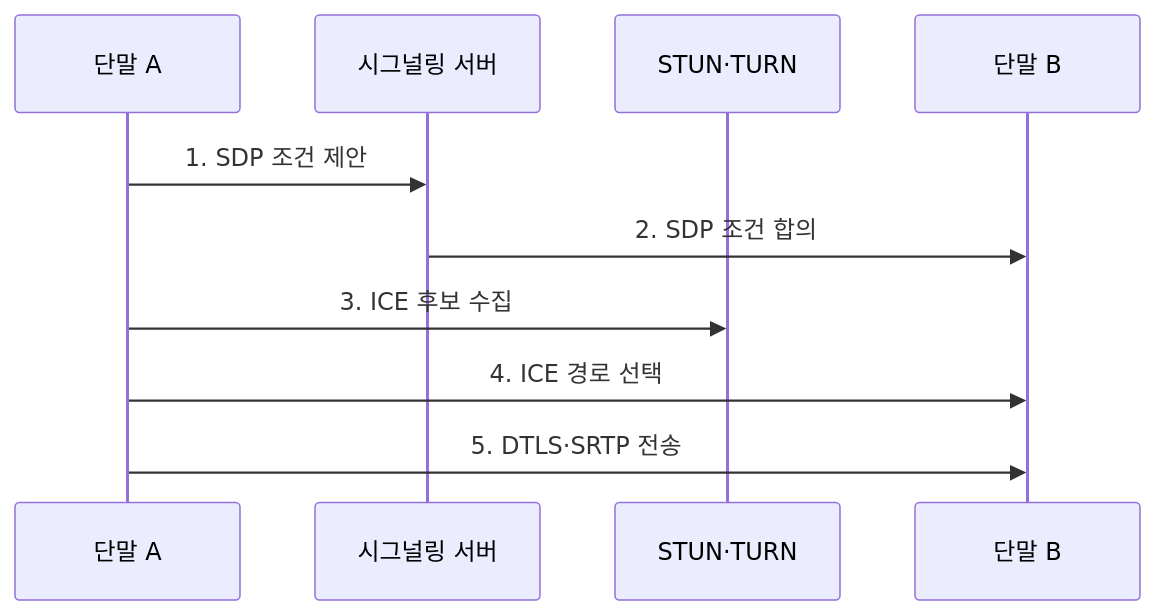
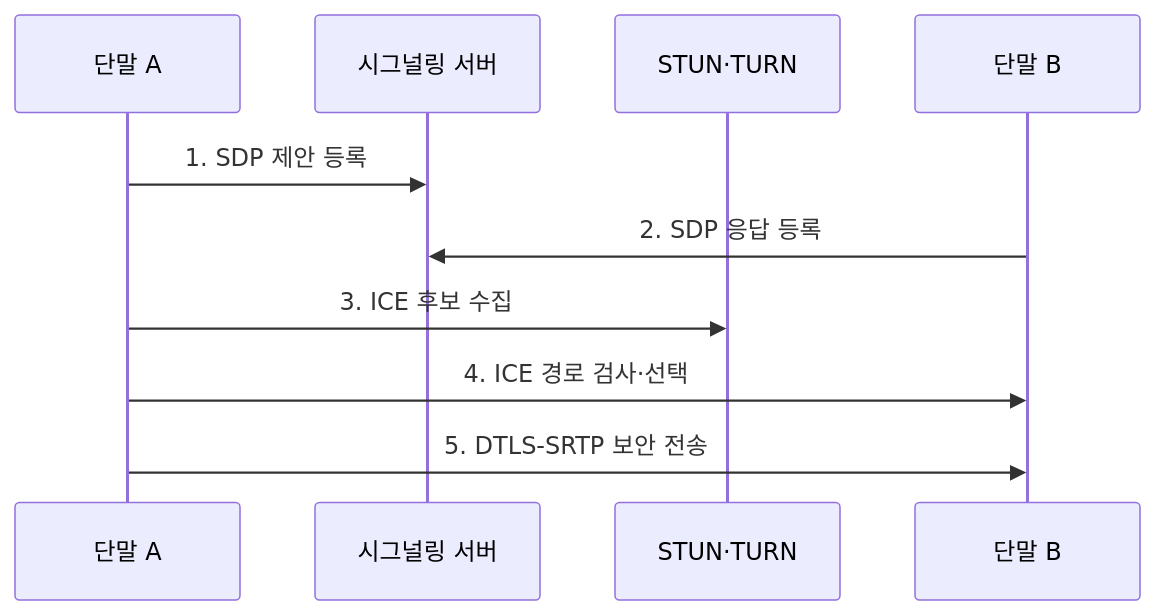
Before and after one commit to agnusdei1207/knowledge-base: the second of 2 diagrams in src/content/docs/notes/04-network/109_webrtc.md, drawn with Mermaid. The commit also changed other lines of this file and 16 other files, not shown here.

````diff
--- a/src/content/docs/notes/04-network/109_webrtc.md
+++ b/src/content/docs/notes/04-network/109_webrtc.md
@@ -88,12 +87,12 @@
 ```mermaid
 sequenceDiagram
     participant A as 단말 A
     participant S as 시그널링 서버
     participant T as STUN·TURN
     participant B as 단말 B
-    A->>S: 1. SDP 조건 제안
-    S->>B: 2. SDP 조건 합의
+    A->>S: 1. SDP 제안 등록
+    B->>S: 2. SDP 응답 등록
     A->>T: 3. ICE 후보 수집
-    A->>B: 4. ICE 경로 선택
-    A->>B: 5. DTLS·SRTP 전송
+    A->>B: 4. ICE 경로 검사·선택
+    A->>B: 5. DTLS-SRTP 보안 전송
 ```
````
